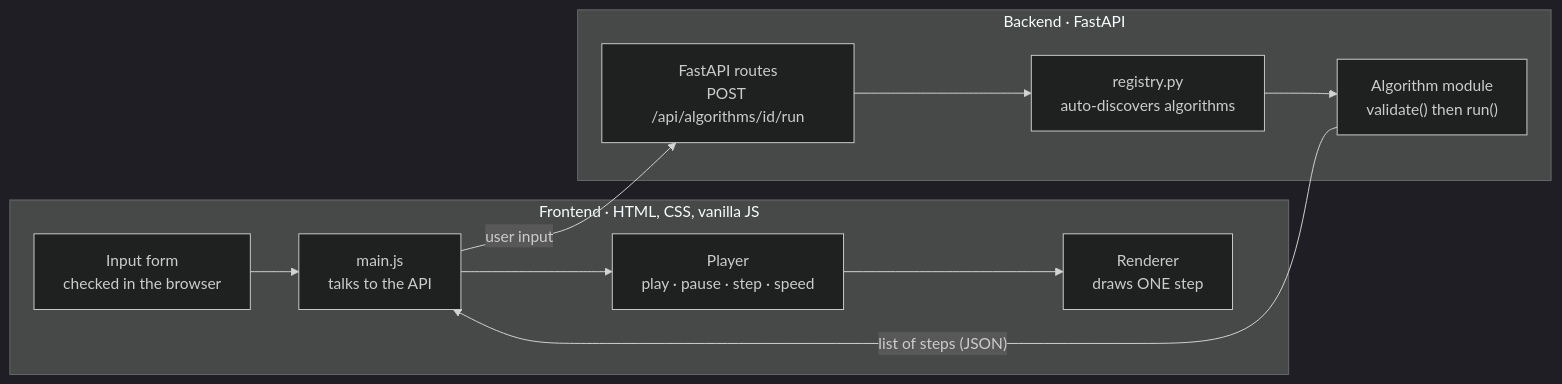
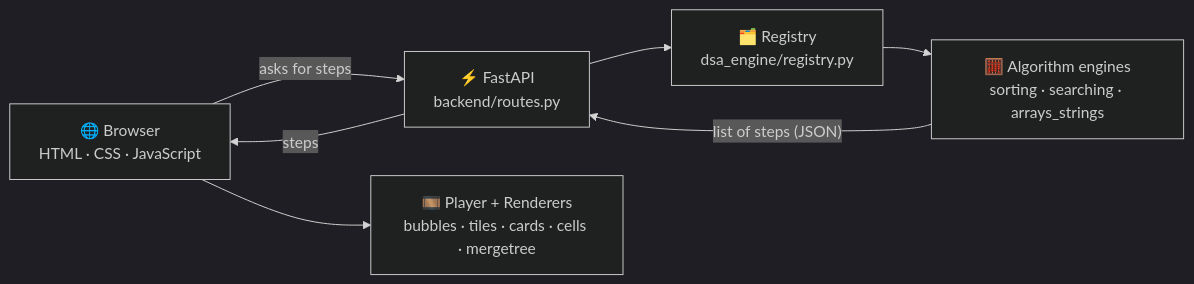
One commit to Chandni-R53/DSA-Virtual-Lab changed the diagram in README.md. Above: the diagram before and after it, drawn with Mermaid (dark theme). The commit also changed other lines of this file and 4 other files, not shown here.

````diff
--- a/README.md
+++ b/README.md
@@ -164,14 +66,9 @@
 ```mermaid
 flowchart LR
-    subgraph Browser["Frontend · HTML, CSS, vanilla JS"]
-        A["Input form<br/>checked in the browser"] --> B["main.js<br/>talks to the API"]
-        B --> C["Player<br/>play · pause · step · speed"]
-        C --> D["Renderer<br/>draws ONE step"]
-    end
-    subgraph Server["Backend · FastAPI"]
-        E["FastAPI routes<br/>POST /api/algorithms/id/run"] --> F["registry.py<br/>auto-discovers algorithms"]
-        F --> G["Algorithm module<br/>validate() then run()"]
-    end
-    B -- "user input" --> E
-    G -- "list of steps (JSON)" --> B
+  A["🌐 Browser<br/>HTML · CSS · JavaScript"] -->|"asks for steps"| B["⚡ FastAPI<br/>backend/routes.py"]
+  B --> C["🗂️ Registry<br/>dsa_engine/registry.py"]
+  C --> D["🧮 Algorithm engines<br/>sorting · searching · arrays_strings"]
+  D -->|"list of steps (JSON)"| B
+  B -->|"steps"| A
+  A --> E["🎞️ Player + Renderers<br/>bubbles · tiles · cards · cells · mergetree"]
 ```
````
